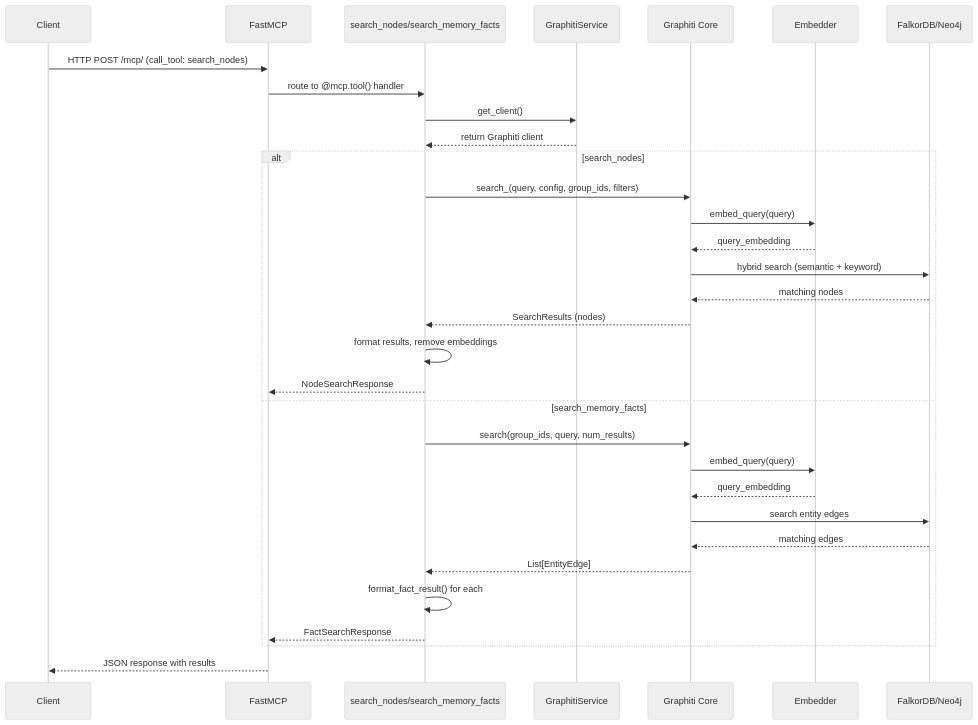
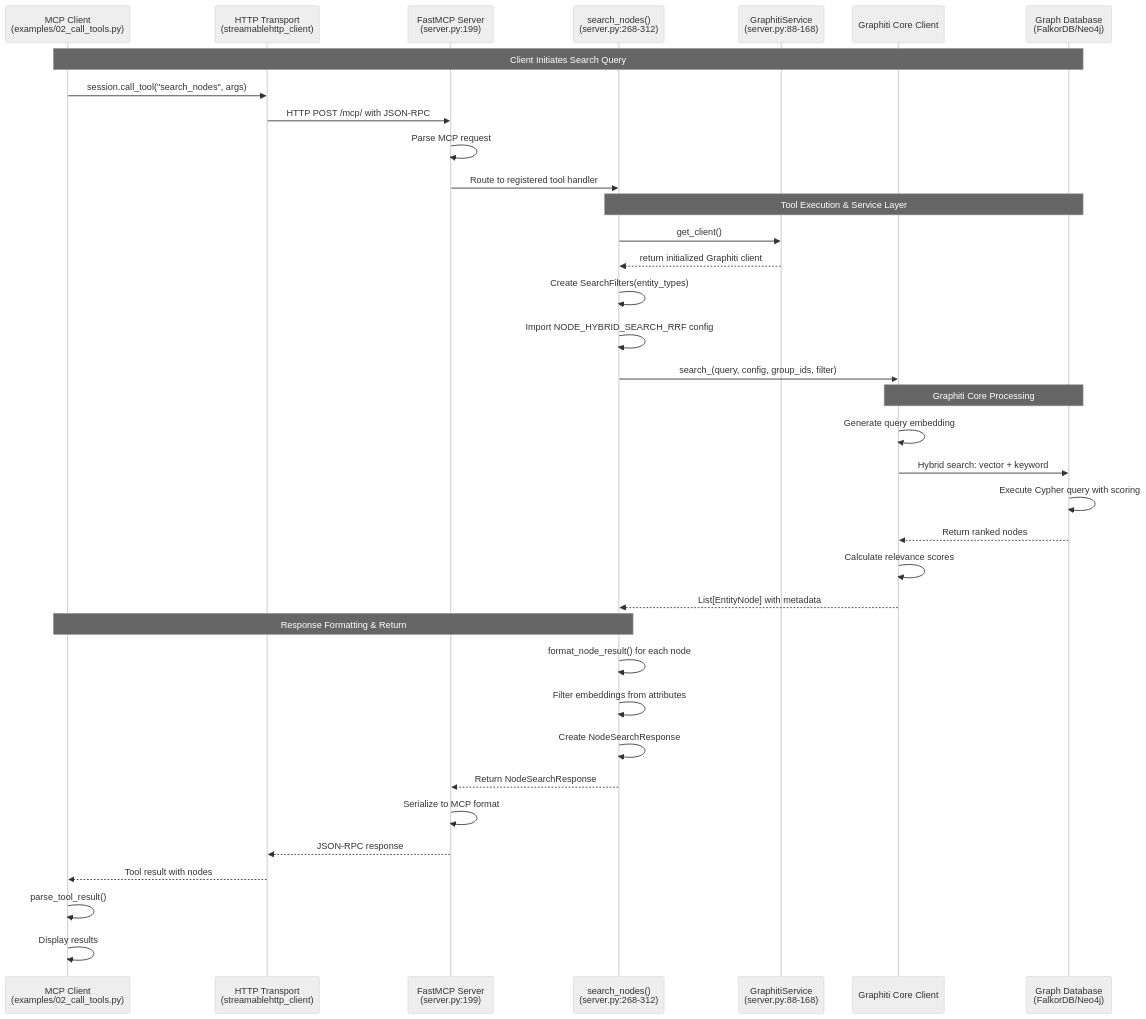
One commit to donbr/graphiti-fastmcp changed the first of 7 diagrams in architecture/docs/03_data_flows.md. Above: the diagram before and after it, drawn with Mermaid (neutral theme). The commit also changed other lines of this file and 43 other files, not shown here.

````diff
--- a/architecture/docs/03_data_flows.md
+++ b/architecture/docs/03_data_flows.md
@@ -23,37 +25,43 @@
 ```mermaid
 sequenceDiagram
-    participant Client
-    participant FastMCP
-    participant SearchTool as search_nodes/search_memory_facts
-    participant GraphitiService
-    participant GraphitiClient as Graphiti Core
-    participant Embedder
-    participant Database as FalkorDB/Neo4j
+    participant Client as MCP Client<br/>(examples/02_call_tools.py)
+    participant HTTP as HTTP Transport<br/>(streamablehttp_client)
+    participant FastMCP as FastMCP Server<br/>(server.py:199)
+    participant Tool as search_nodes()<br/>(server.py:268-312)
+    participant GraphitiSvc as GraphitiService<br/>(server.py:88-168)
+    participant Graphiti as Graphiti Core Client
+    participant DB as Graph Database<br/>(FalkorDB/Neo4j)
 
-    Client->>FastMCP: HTTP POST /mcp/ (call_tool: search_nodes)
-    FastMCP->>SearchTool: route to @mcp.tool() handler
-    SearchTool->>GraphitiService: get_client()
-    GraphitiService-->>SearchTool: return Graphiti client
+    Note over Client,DB: Client Initiates Search Query
+    Client->>HTTP: session.call_tool("search_nodes", args)
+    HTTP->>FastMCP: HTTP POST /mcp/ with JSON-RPC
+    FastMCP->>FastMCP: Parse MCP request
+    FastMCP->>Tool: Route to registered tool handler
 
-    alt search_nodes
-        SearchTool->>GraphitiClient: search_(query, config, group_ids, filters)
-        GraphitiClient->>Embedder: embed_query(query)
-        Embedder-->>GraphitiClient: query_embedding
-        GraphitiClient->>Database: hybrid search (semantic + keyword)
-        Database-->>GraphitiClient: matching nodes
-        GraphitiClient-->>SearchTool: SearchResults (nodes)
-        SearchTool->>SearchTool: format results, remove embeddings
-        SearchTool-->>FastMCP: NodeSearchResponse
-    else search_memory_facts
-        SearchTool->>GraphitiClient: search(group_ids, query, num_results)
-        GraphitiClient->>Embedder: embed_query(query)
-        Embedder-->>GraphitiClient: query_embedding
-        GraphitiClient->>Database: search entity edges
-        Database-->>GraphitiClient: matching edges
-        GraphitiClient-->>SearchTool: List[EntityEdge]
-        SearchTool->>SearchTool: format_fact_result() for each
-        SearchTool-->>FastMCP: FactSearchResponse
-    end
+    Note over Tool,DB: Tool Execution & Service Layer
+    Tool->>GraphitiSvc: get_client()
+    GraphitiSvc-->>Tool: return initialized Graphiti client
 
-    FastMCP-->>Client: JSON response with results
+    Tool->>Tool: Create SearchFilters(entity_types)
+    Tool->>Tool: Import NODE_HYBRID_SEARCH_RRF config
+
+    Tool->>Graphiti: search_(query, config, group_ids, filter)
+    Note over Graphiti,DB: Graphiti Core Processing
+    Graphiti->>Graphiti: Generate query embedding
+    Graphiti->>DB: Hybrid search: vector + keyword
+    DB->>DB: Execute Cypher query with scoring
+    DB-->>Graphiti: Return ranked nodes
+    Graphiti->>Graphiti: Calculate relevance scores
+    Graphiti-->>Tool: List[EntityNode] with metadata
+
+    Note over Tool,Client: Response Formatting & Return
+    Tool->>Tool: format_node_result() for each node
+    Tool->>Tool: Filter embeddings from attributes
+    Tool->>Tool: Create NodeSearchResponse
+    Tool-->>FastMCP: Return NodeSearchResponse
+    FastMCP->>FastMCP: Serialize to MCP format
+    FastMCP-->>HTTP: JSON-RPC response
+    HTTP-->>Client: Tool result with nodes
+    Client->>Client: parse_tool_result()
+    Client->>Client: Display results
 ```
````
